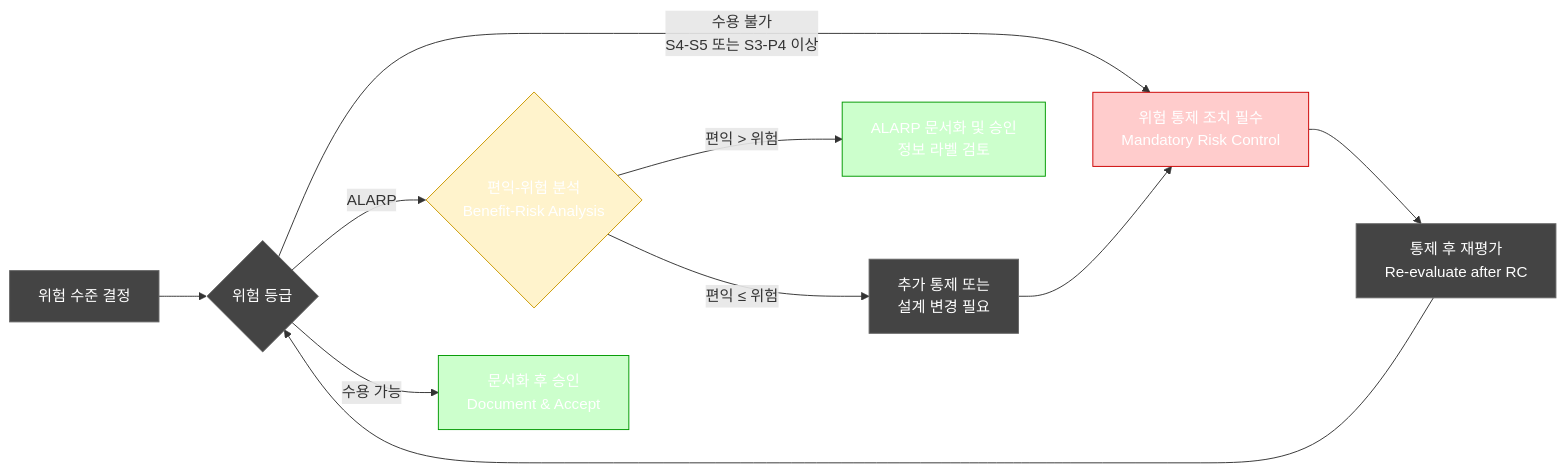
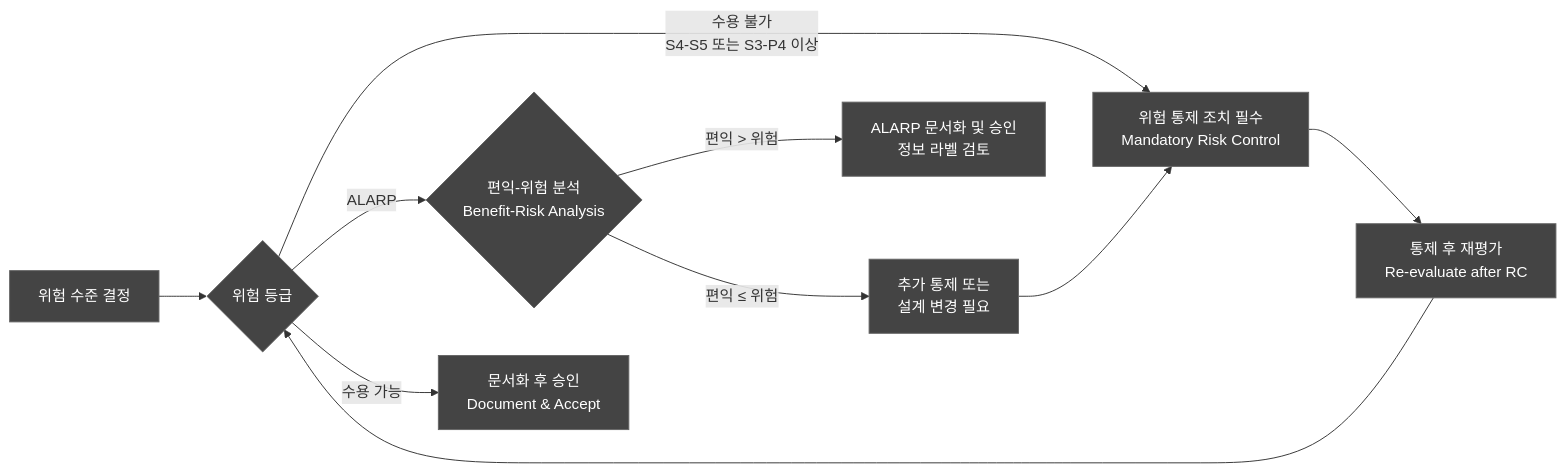
Before and after one commit to holee9/console-gui: the fourth of 11 diagrams in docs/risk/DOC-008_Risk_Management_Plan_v1.0.md, drawn with Mermaid. The commit also changed other lines of this file and 35 other files, not shown here.

First line of the commit message:
fix: 전체 Mermaid 차트 색상 진한 회색 통일

````diff
--- a/docs/risk/DOC-008_Risk_Management_Plan_v1.0.md
+++ b/docs/risk/DOC-008_Risk_Management_Plan_v1.0.md
@@ -298,20 +298,20 @@
 ```mermaid
 flowchart LR
     A[위험 수준 결정] --> B{위험 등급}
     B -->|수용 불가\nS4-S5 또는 S3-P4 이상| C[위험 통제 조치 필수\nMandatory Risk Control]
     B -->|ALARP| D{편익-위험 분석\nBenefit-Risk Analysis}
     B -->|수용 가능| E[문서화 후 승인\nDocument & Accept]
 
     C --> F[통제 후 재평가\nRe-evaluate after RC]
     F --> B
 
     D -->|편익 > 위험| G[ALARP 문서화 및 승인\n정보 라벨 검토]
     D -->|편익 ≤ 위험| H[추가 통제 또는\n설계 변경 필요]
     H --> C
 
     classDef default fill:#444,stroke:#666,color:#fff
-    style C fill:#ffcccc,stroke:#cc0000
-    style D fill:#fff3cc,stroke:#cc9900
-    style E fill:#ccffcc,stroke:#009900
-    style G fill:#ccffcc,stroke:#009900
+    style C fill:#444,stroke:#666
+    style D fill:#444,stroke:#666
+    style E fill:#444,stroke:#666
+    style G fill:#444,stroke:#666
 ```
````
